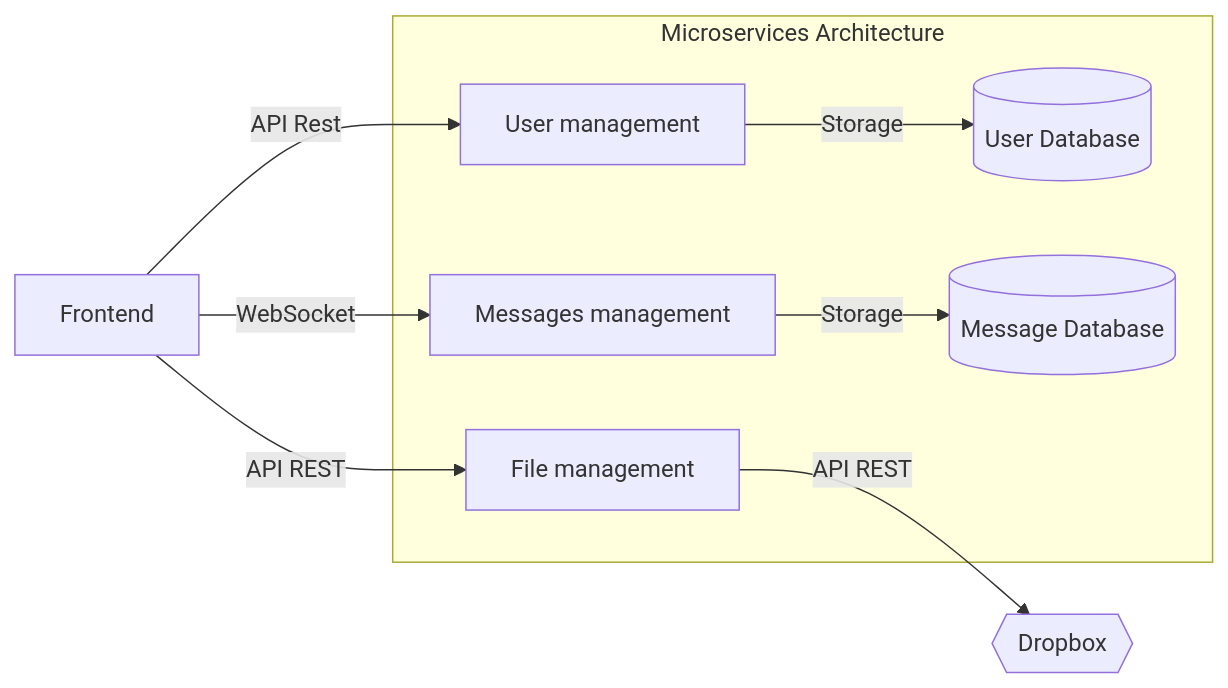
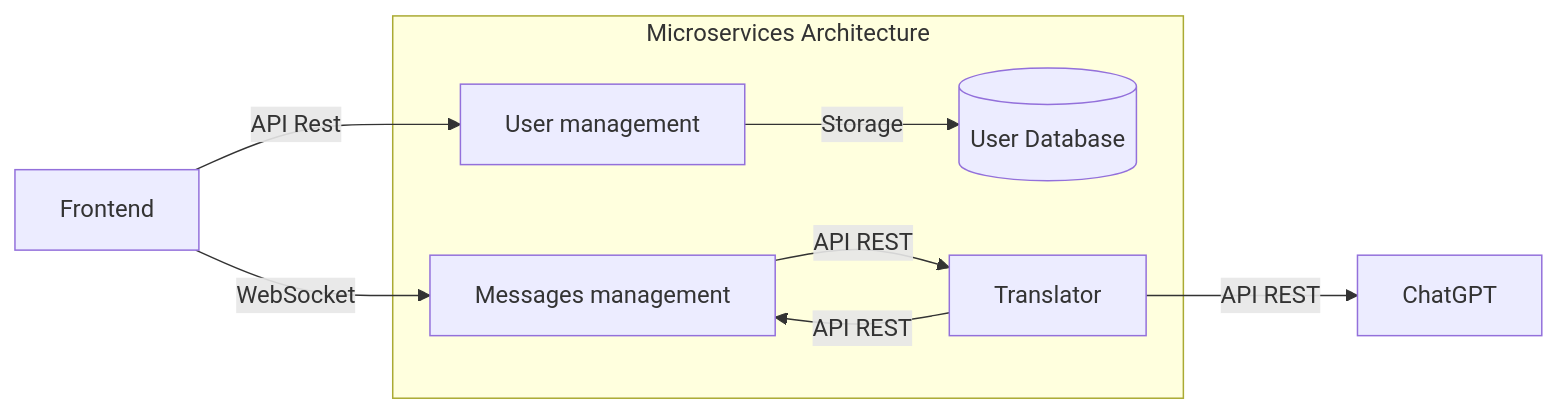
One commit to YR72dpi/SecuredWhisker changed the first of 6 diagrams in README.md. Above: the diagram before and after it, drawn with Mermaid. The commit also changed other lines of this file, not shown here.

````diff
--- a/README.md
+++ b/README.md
@@ -86,21 +85,21 @@
 ```mermaid
 graph LR;
     subgraph "Microservices Architecture"
         UserService["User management"] 
         MessageService["Messages management"]
         UserDatabase[("User Database")]
-        MessageDatabase[("Message Database")]
-        FileManager["File management"]
+        Translator["Translator"]
     end
 
-    DropBox{{Dropbox}}
     Frontend["Frontend"]
 
     Frontend -->|API Rest| UserService
     Frontend -->|WebSocket| MessageService
-    Frontend -->|API REST| FileManager
-    FileManager -->| API REST| DropBox
     UserService -->|Storage| UserDatabase
-    MessageService -->|Storage| MessageDatabase
+
+    MessageService -->|API REST| Translator
+    Translator -->|API REST| MessageService
+    Translator -->| API REST| ChatGPT
+
 
 ```
````
